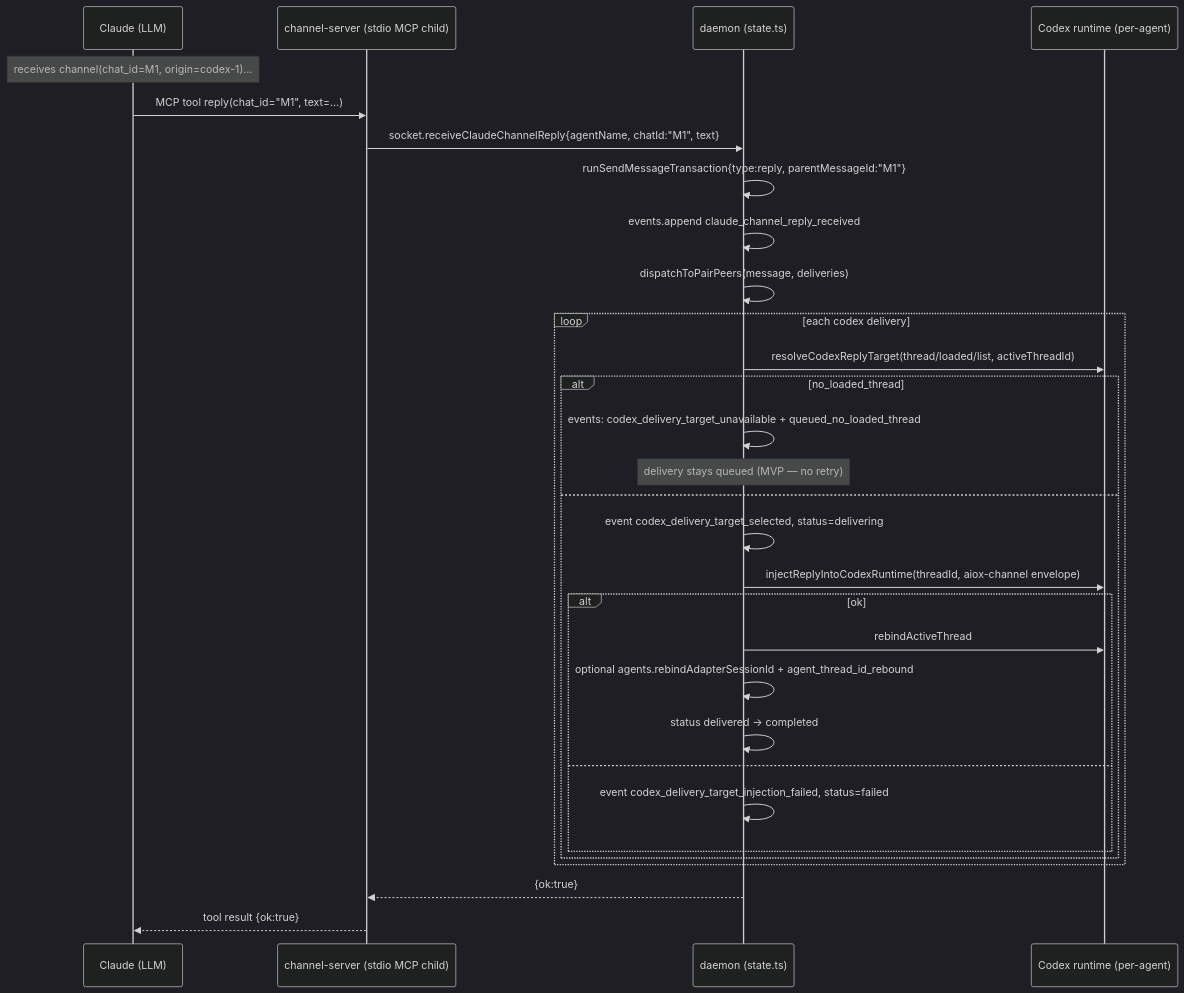
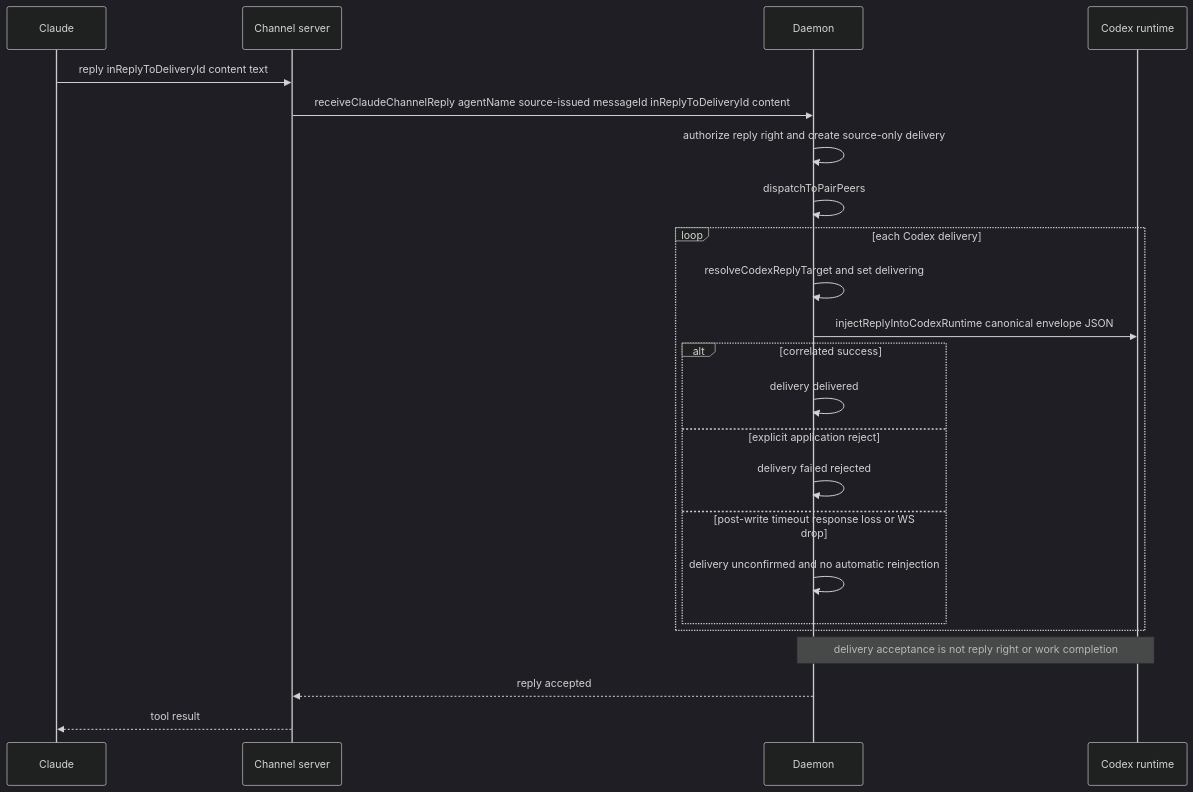
One commit to lunaxislu/Aiox changed the diagram in docs/architecture/local-runtime-claude-adapter.md. Above: the diagram before and after it, drawn with Mermaid (dark theme). The commit also changed other lines of this file and 102 other files, not shown here.

````diff
--- a/docs/architecture/local-runtime-claude-adapter.md
+++ b/docs/architecture/local-runtime-claude-adapter.md
@@ -162,33 +171,26 @@
 ```mermaid
 sequenceDiagram
-    participant Cl as Claude (LLM)
-    participant CS as channel-server (stdio MCP child)
-    participant D as daemon (state.ts)
-    participant CR as Codex runtime (per-agent)
+  participant Cl as Claude
+  participant CS as Channel server
+  participant D as Daemon
+  participant CR as Codex runtime
 
-    Note over Cl: receives channel(chat_id=M1, origin=codex-1)…
-    Cl->>CS: MCP tool reply(chat_id="M1", text=…)
-    CS->>D: socket.receiveClaudeChannelReply{agentName, chatId:"M1", text}
-    D->>D: runSendMessageTransaction{type:reply, parentMessageId:"M1"}
-    D->>D: events.append claude_channel_reply_received
-    D->>D: dispatchToPairPeers(message, deliveries)
-    loop each codex delivery
-      D->>CR: resolveCodexReplyTarget(thread/loaded/list, activeThreadId)
-      alt no_loaded_thread
-        D->>D: events: codex_delivery_target_unavailable + queued_no_loaded_thread
-        Note over D: delivery stays queued (MVP — no retry)
-      else
-        D->>D: event codex_delivery_target_selected, status=delivering
-        D->>CR: injectReplyIntoCodexRuntime(threadId, aiox-channel envelope)
-        alt ok
-          D->>CR: rebindActiveThread
-          D->>D: optional agents.rebindAdapterSessionId + agent_thread_id_rebound
-          D->>D: status delivered → completed
-        else
-          D->>D: event codex_delivery_target_injection_failed, status=failed
-        end
-      end
+  Cl->>CS: reply inReplyToDeliveryId content text
+  CS->>D: receiveClaudeChannelReply agentName source-issued messageId inReplyToDeliveryId content
+  D->>D: authorize reply right and create source-only delivery
+  D->>D: dispatchToPairPeers
+  loop each Codex delivery
+    D->>D: resolveCodexReplyTarget and set delivering
+    D->>CR: injectReplyIntoCodexRuntime canonical envelope JSON
+    alt correlated success
+      D->>D: delivery delivered
+    else explicit application reject
+      D->>D: delivery failed rejected
+    else post-write timeout response loss or WS drop
+      D->>D: delivery unconfirmed and no automatic reinjection
     end
-    D-->>CS: {ok:true}
-    CS-->>Cl: tool result {ok:true}
+  end
+  Note over D,CR: delivery acceptance is not reply right or work completion
+  D-->>CS: reply accepted
+  CS-->>Cl: tool result
 ```
````
